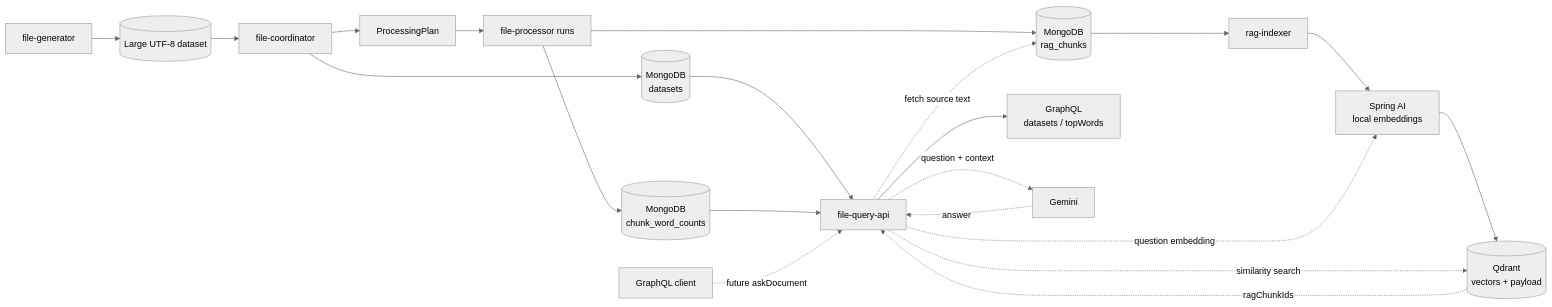
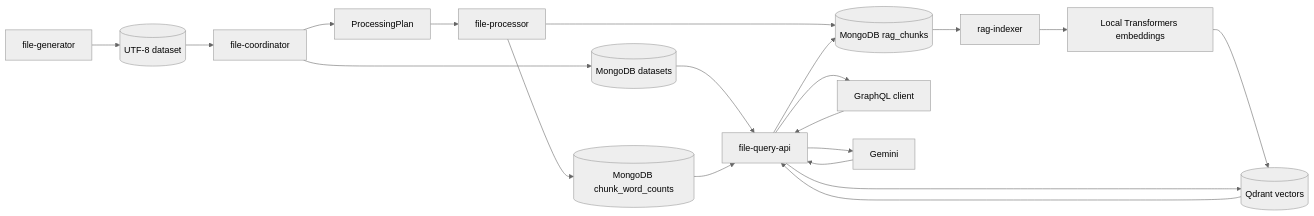
The first of 4 diagrams in README.md (hmeclazcke/reactive-rag-document-processor), drawn with Mermaid (neutral theme) before and after one commit. The commit also changed other lines of this file, not shown here.

Commit message:
docs: simplify README for completed RAG flow

````diff
--- a/README.md
+++ b/README.md
@@ -60,27 +39,24 @@
 ```mermaid
 flowchart LR
-    FG["file-generator"] --> DATA[("Large UTF-8 dataset")]
+    FG["file-generator"] --> DATA[("UTF-8 dataset")]
     DATA --> FC["file-coordinator"]
+    FC --> DATASETS[("MongoDB datasets")]
     FC --> PLAN["ProcessingPlan"]
-    PLAN --> FP["file-processor runs"]
-
-    FP --> WORDS[("MongoDB<br/>chunk_word_counts")]
-    FP --> RAG[("MongoDB<br/>rag_chunks")]
-    FC --> DATASETS[("MongoDB<br/>datasets")]
-
-    DATASETS --> FQA["file-query-api"]
-    WORDS --> FQA
-    FQA --> GQL["GraphQL<br/>datasets / topWords"]
+    PLAN --> FP["file-processor"]
+    FP --> WORDS[("MongoDB chunk_word_counts")]
+    FP --> RAG[("MongoDB rag_chunks")]
 
     RAG --> RI["rag-indexer"]
-    RI --> EMB["Spring AI<br/>local embeddings"]
-    EMB --> QDRANT[("Qdrant<br/>vectors + payload")]
+    RI --> EMB["Local Transformers embeddings"]
+    EMB --> QDRANT[("Qdrant vectors")]
 
-    CLIENT["GraphQL client"] -. "future askDocument" .-> FQA
-    FQA -. "question embedding" .-> EMB
-    FQA -. "similarity search" .-> QDRANT
-    QDRANT -. "ragChunkIds" .-> FQA
-    FQA -. "fetch source text" .-> RAG
-    FQA -. "question + context" .-> GEMINI["Gemini"]
-    GEMINI -. "answer" .-> FQA
+    CLIENT["GraphQL client"] --> API["file-query-api"]
+    DATASETS --> API
+    WORDS --> API
+    API --> QDRANT
+    QDRANT --> API
+    API --> RAG
+    API --> GEMINI["Gemini"]
+    GEMINI --> API
+    API --> CLIENT
 ```
````
